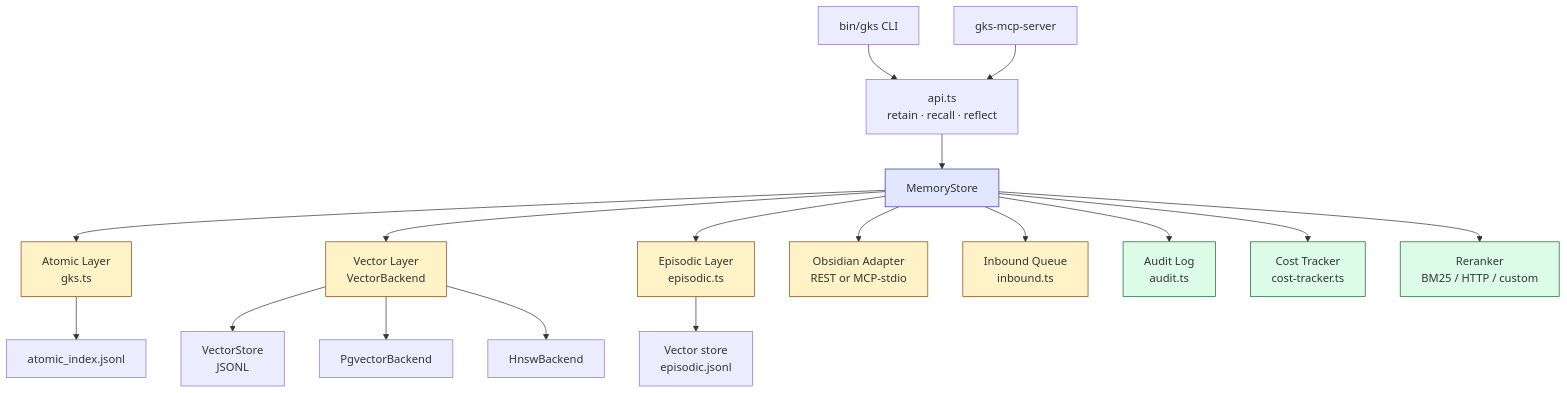
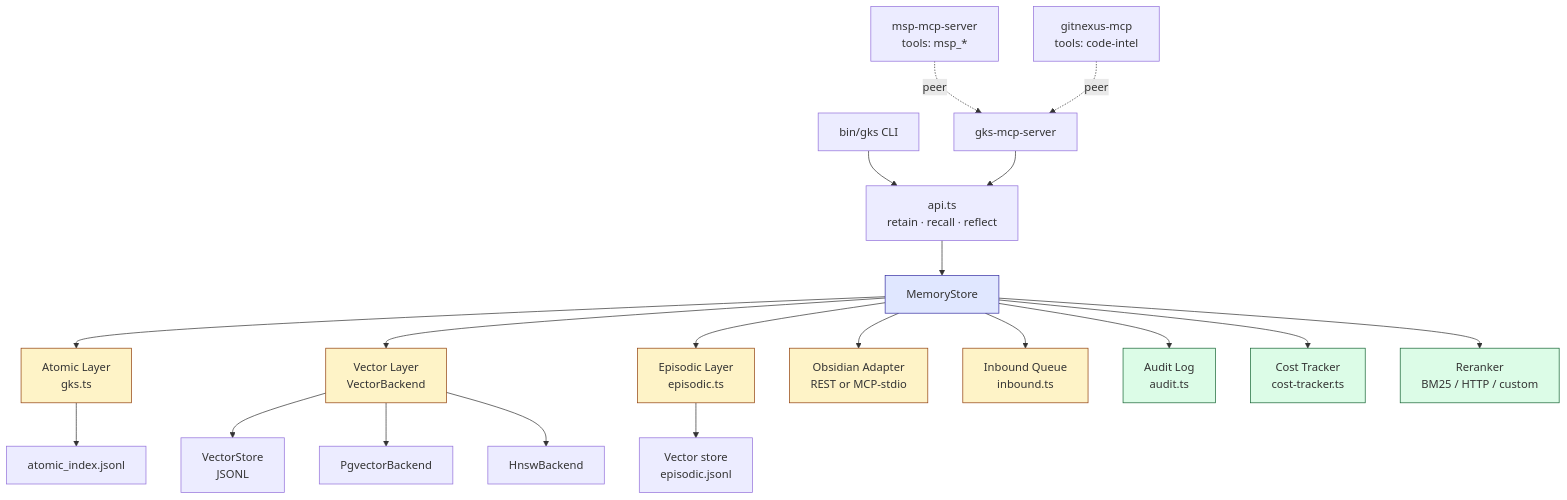
The first of 5 diagrams in docs/ARCHITECTURE.md (Freshair129/GksV3), drawn with Mermaid before and after one commit. The commit also changed other lines of this file, not shown here.

First line of the commit message:
docs(architecture): refresh ARCHITECTURE.md to match v3.6.0 state

````diff
--- a/docs/ARCHITECTURE.md
+++ b/docs/ARCHITECTURE.md
@@ -14,26 +19,30 @@
 ```mermaid
 graph TD
+  PeerMCP1[msp-mcp-server<br/>tools: msp_*]
+  PeerMCP2[gitnexus-mcp<br/>tools: code-intel]
+  PeerMCP1 -.peer.-> MCP
+  PeerMCP2 -.peer.-> MCP
   CLI[bin/gks CLI] --> API
   MCP[gks-mcp-server] --> API
   API[api.ts<br/>retain · recall · reflect] --> Store
   Store[MemoryStore] --> Atomic[Atomic Layer<br/>gks.ts]
   Store --> Vector[Vector Layer<br/>VectorBackend]
   Store --> Episodic[Episodic Layer<br/>episodic.ts]
   Store --> Obsidian[Obsidian Adapter<br/>REST or MCP-stdio]
   Store --> Inbound[Inbound Queue<br/>inbound.ts]
   Store --> Audit[Audit Log<br/>audit.ts]
   Store --> Cost[Cost Tracker<br/>cost-tracker.ts]
   Store --> Reranker[Reranker<br/>BM25 / HTTP / custom]
   Vector --> Jsonl[VectorStore<br/>JSONL]
   Vector --> Pg[PgvectorBackend]
   Vector --> Hnsw[HnswBackend]
   Episodic --> EpisodicVec[Vector store<br/>episodic.jsonl]
   Atomic --> AtomicJsonl[atomic_index.jsonl]
 
   classDef store fill:#e0e7ff,stroke:#3730a3
   classDef adapter fill:#fef3c7,stroke:#92400e
   classDef cross fill:#dcfce7,stroke:#166534
   class Store store
   class Atomic,Vector,Episodic,Obsidian,Inbound adapter
   class Audit,Cost,Reranker cross
 ```
````
